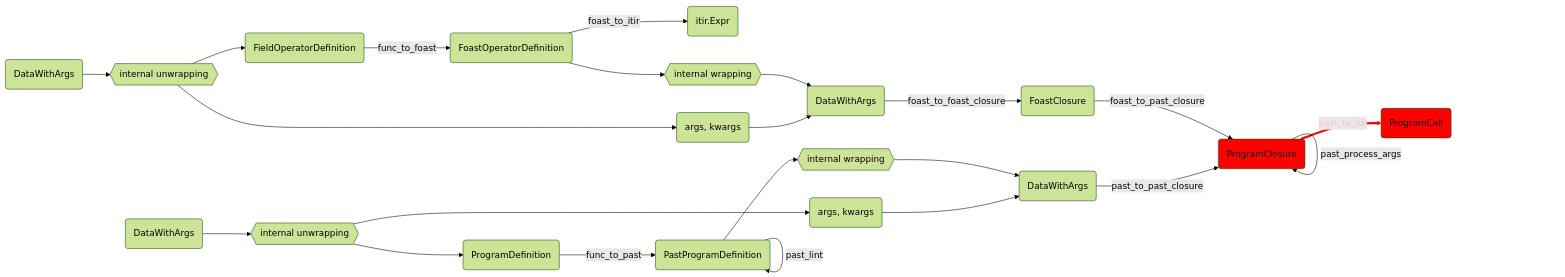
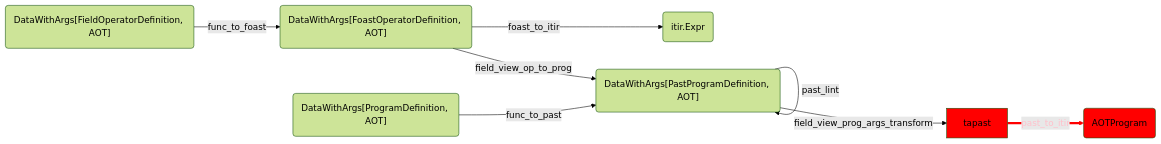
The seventh of 10 diagrams in docs/user/next/advanced/ToolchainWalkthrough.md (GridTools/gt4py), drawn with Mermaid (forest theme) before and after one commit. The commit also changed other lines of this file and 10 other files, not shown here.

````diff
--- a/docs/user/next/advanced/ToolchainWalkthrough.md
+++ b/docs/user/next/advanced/ToolchainWalkthrough.md
@@ -312,30 +217,16 @@
 ```mermaid
 graph LR
 
-fdef(FieldOperatorDefinition) -->|func_to_foast| foast(FoastOperatorDefinition)
+fdef("DataWithArgs[FieldOperatorDefinition, AOT]") -->|func_to_foast| foast("DataWithArgs[FoastOperatorDefinition, AOT]")
 foast -->|foast_to_itir| itir_expr(itir.Expr)
-foasta -->|foast_to_foast_closure| fclos(FoastClosure)
-fclos -->|foast_to_past_closure| pclos(PastClosure)
-pclos -->|past_process_args| pclos
-pclos -->|past_to_itir| pcall(ProgramCall)
+foast -->|field_view_op_to_prog| past("DataWithArgs[PastProgramDefinition, AOT]")
+past -->|past_lint| past
+past -->|field_view_prog_args_transform| tapast
+tapast -->|past_to_itir| pcall(AOTProgram)
 
-pdef(ProgramDefinition) -->|func_to_past| past(PastProgramDefinition)
-past -->|past_lint| past
-pasta -->|past_to_past_closure| pclos(ProgramClosure)
+pdef("DataWithArgs[ProgramDefinition, AOT]") -->|func_to_past| past("DataWithArgs[PastProgramDefinition, AOT]")
 
-fdefa(DataWithArgs) --> fuwr{{"internal unwrapping"}} --> fdef
-fuwr --> fargs(args, kwargs)
-
-foast --> fiwr{{"internal wrapping"}} --> foasta(DataWithArgs)
-fargs --> foasta
-
-pdefa(DataWithArgs) --> puwr{{"internal unwrapping"}} --> pdef
-puwr --> pargs(args, kwargs)
-
-past --> piwr{{"internal wrapping"}} --> pasta(DataWithArgs)
-pargs --> pasta
-
-style pclos fill:red
+style tapast fill:red
 style pcall fill:red
 linkStyle 5 stroke:red,stroke-width:4px,color:pink
 ```
````
